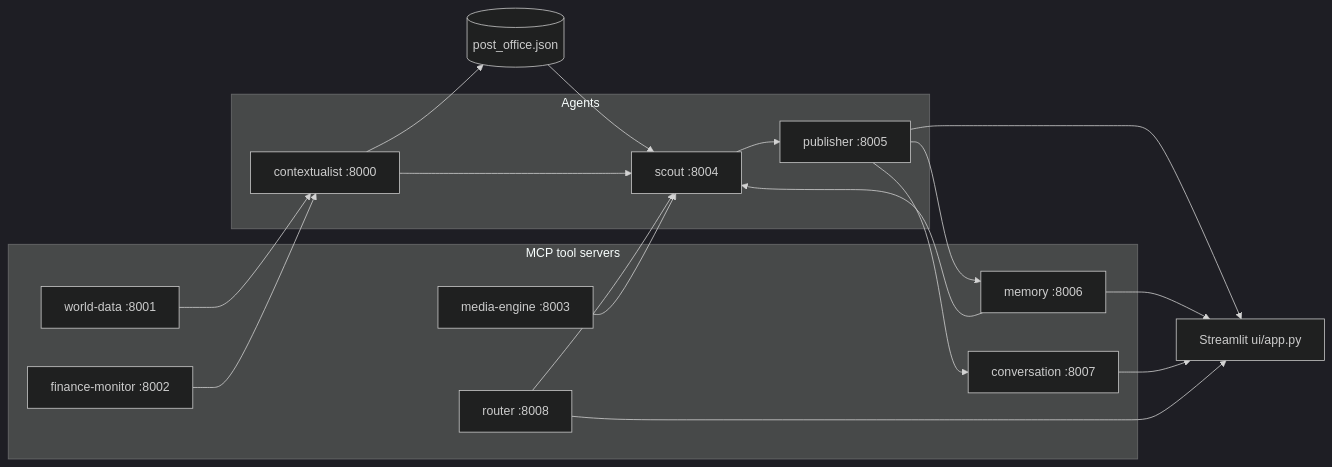
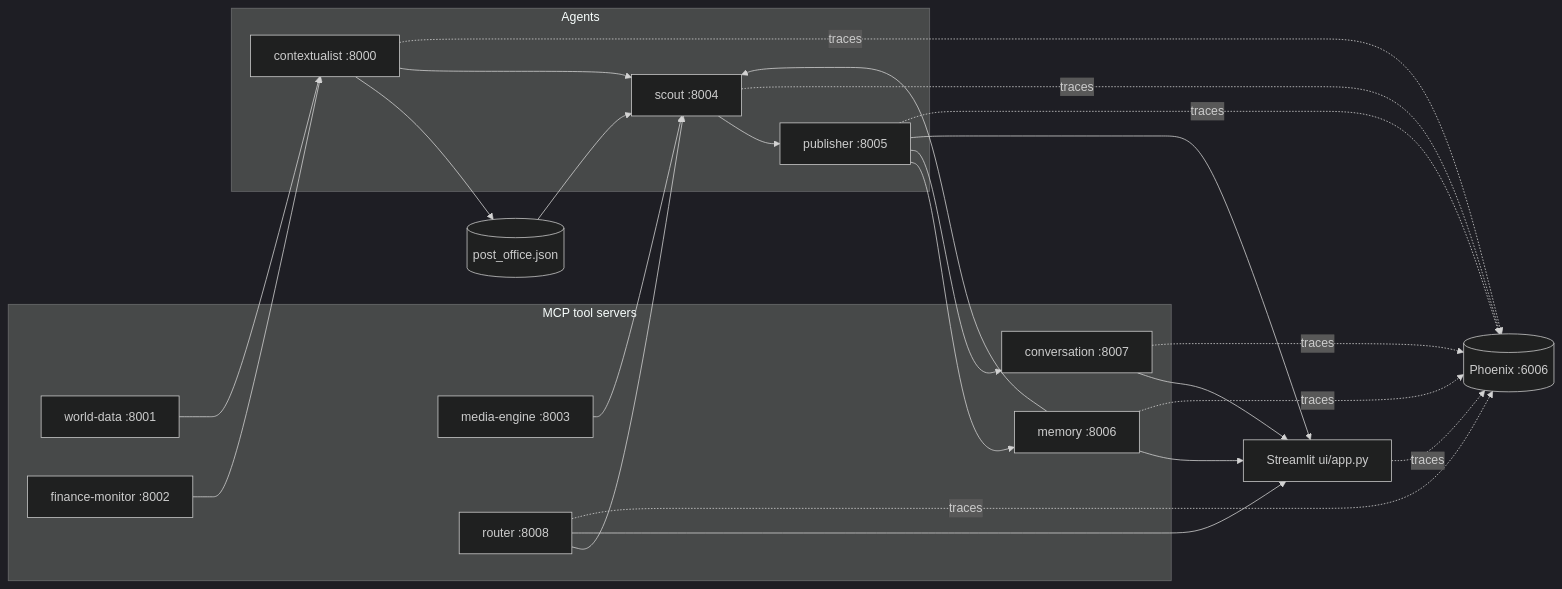
Before and after one commit to Keerthan22-sys/multi-agent-system-a2a-mcp: the diagram in README.md, drawn with Mermaid (dark theme). The commit also changed other lines of this file, not shown here.

Commit message:
docs: update README for end-to-end Phoenix observability

````diff
--- a/README.md
+++ b/README.md
@@ -7,33 +7,41 @@
 ```mermaid
 flowchart LR
   subgraph tools [MCP tool servers]
     WD[world-data :8001]
     FM[finance-monitor :8002]
     ME[media-engine :8003]
     MEM[memory :8006]
     CONV[conversation :8007]
     RT[router :8008]
   end
   subgraph agents [Agents]
     CTX[contextualist :8000]
     SC[scout :8004]
     PUB[publisher :8005]
   end
   UI[Streamlit ui/app.py]
   PO[(post_office.json)]
+  PHX[(Phoenix :6006)]
   RT --> SC
   WD --> CTX
   FM --> CTX
   CTX --> PO
   PO --> SC
   CTX --> SC
   ME --> SC
   MEM --> SC
   SC --> PUB
   PUB --> MEM
   PUB --> CONV
   PUB --> UI
   MEM --> UI
   CONV --> UI
   RT --> UI
+  CTX -.traces.-> PHX
+  SC -.traces.-> PHX
+  PUB -.traces.-> PHX
+  MEM -.traces.-> PHX
+  CONV -.traces.-> PHX
+  RT -.traces.-> PHX
+  UI -.traces.-> PHX
 ```
````
